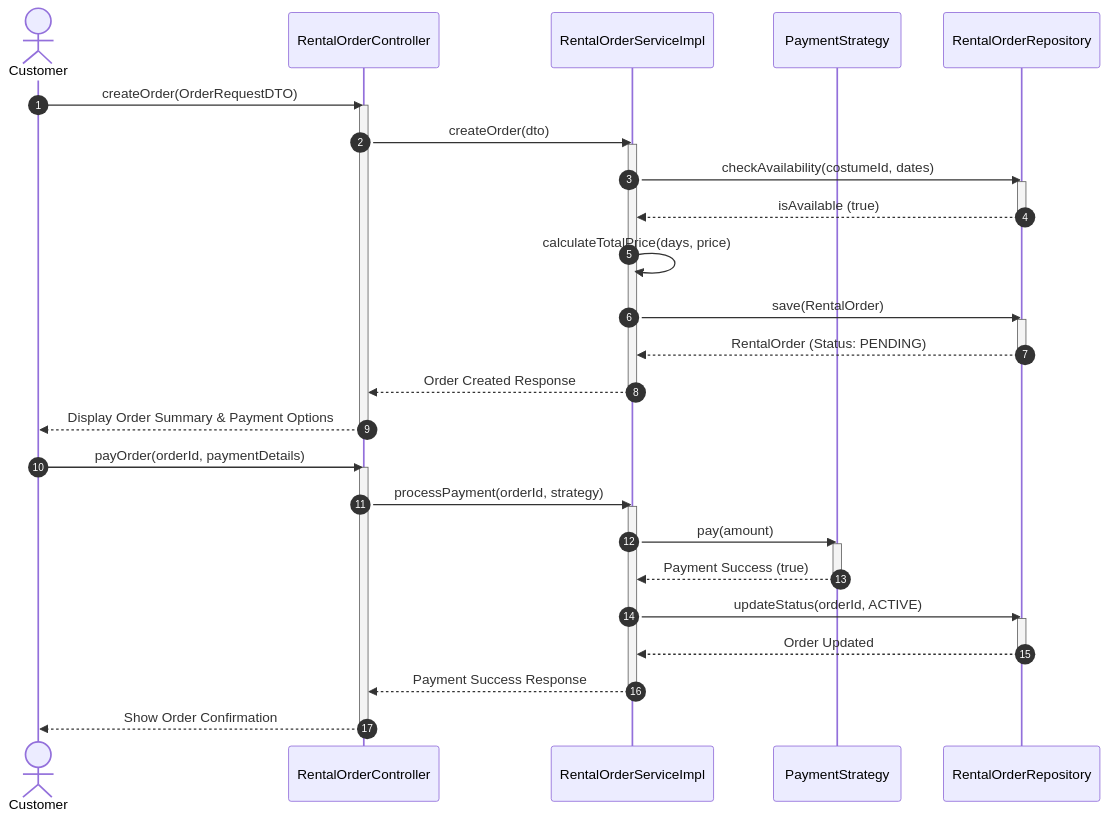
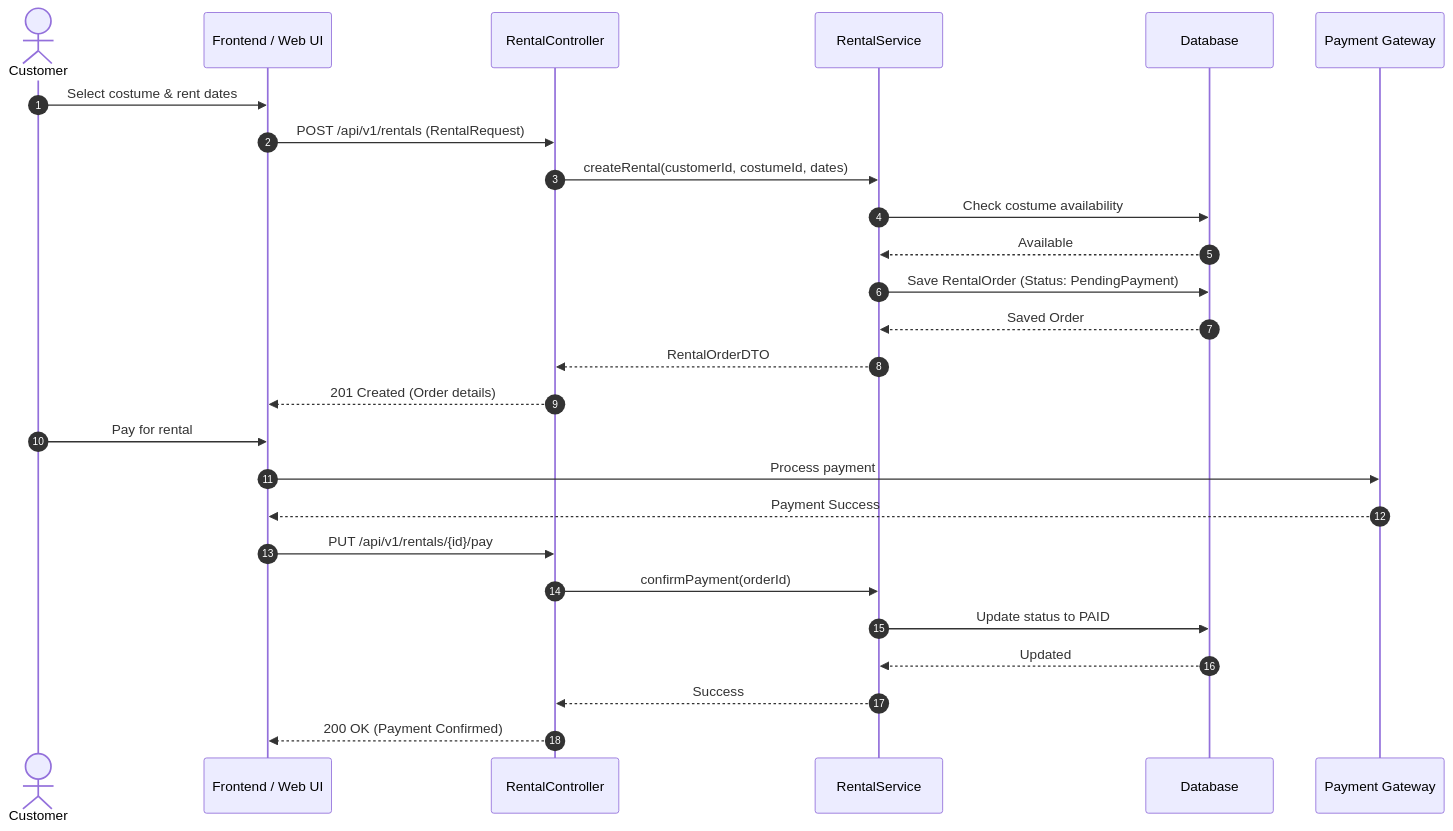
One commit to tanyapornsenanorit-code/Principle-project changed the first of 3 diagrams in doc/diagrams/sequence-diagram.md. Above: the diagram before and after it, drawn with Mermaid. The commit also changed other lines of this file, not shown here.

Commit message:
docs: update sequence diagrams with 3 core workflows

````diff
--- a/doc/diagrams/sequence-diagram.md
+++ b/doc/diagrams/sequence-diagram.md
@@ -5,50 +5,30 @@
 ```mermaid
 sequenceDiagram
     autonumber
     actor Customer
-    participant Controller as RentalOrderController
-    participant Service as RentalOrderServiceImpl
-    participant Strategy as PaymentStrategy
-    participant Repo as RentalOrderRepository
+    participant WebUI as Frontend / Web UI
+    participant RentalCtrl as RentalController
+    participant RentalSvc as RentalService
+    participant DB as Database
+    participant PaymentGW as Payment Gateway
 
-    Customer->>Controller: createOrder(OrderRequestDTO)
-    activate Controller
-    Controller->>Service: createOrder(dto)
-    activate Service
-    
-    Service->>Repo: checkAvailability(costumeId, dates)
-    activate Repo
-    Repo-->>Service: isAvailable (true)
-    deactivate Repo
+    Customer->>WebUI: Select costume & rent dates
+    WebUI->>RentalCtrl: POST /api/v1/rentals (RentalRequest)
+    RentalCtrl->>RentalSvc: createRental(customerId, costumeId, dates)
+    RentalSvc->>DB: Check costume availability
+    DB-->>RentalSvc: Available
+    RentalSvc->>DB: Save RentalOrder (Status: PendingPayment)
+    DB-->>RentalSvc: Saved Order
+    RentalSvc-->>RentalCtrl: RentalOrderDTO
+    RentalCtrl-->>WebUI: 201 Created (Order details)
 
-    Service->>Service: calculateTotalPrice(days, price)
-    Service->>Repo: save(RentalOrder)
-    activate Repo
-    Repo-->>Service: RentalOrder (Status: PENDING)
-    deactivate Repo
-
-    Service-->>Controller: Order Created Response
-    deactivate Service
-    Controller-->>Customer: Display Order Summary & Payment Options
-    deactivate Controller
-
-    Customer->>Controller: payOrder(orderId, paymentDetails)
-    activate Controller
-    Controller->>Service: processPayment(orderId, strategy)
-    activate Service
-
-    Service->>Strategy: pay(amount)
-    activate Strategy
-    Strategy-->>Service: Payment Success (true)
-    deactivate Strategy
-
-    Service->>Repo: updateStatus(orderId, ACTIVE)
-    activate Repo
-    Repo-->>Service: Order Updated
-    deactivate Repo
-
-    Service-->>Controller: Payment Success Response
-    deactivate Service
-    Controller-->>Customer: Show Order Confirmation
-    deactivate Controller
+    Customer->>WebUI: Pay for rental
+    WebUI->>PaymentGW: Process payment
+    PaymentGW-->>WebUI: Payment Success
+    WebUI->>RentalCtrl: PUT /api/v1/rentals/{id}/pay
+    RentalCtrl->>RentalSvc: confirmPayment(orderId)
+    RentalSvc->>DB: Update status to PAID
+    DB-->>RentalSvc: Updated
+    RentalSvc-->>RentalCtrl: Success
+    RentalCtrl-->>WebUI: 200 OK (Payment Confirmed)
 ```
````
